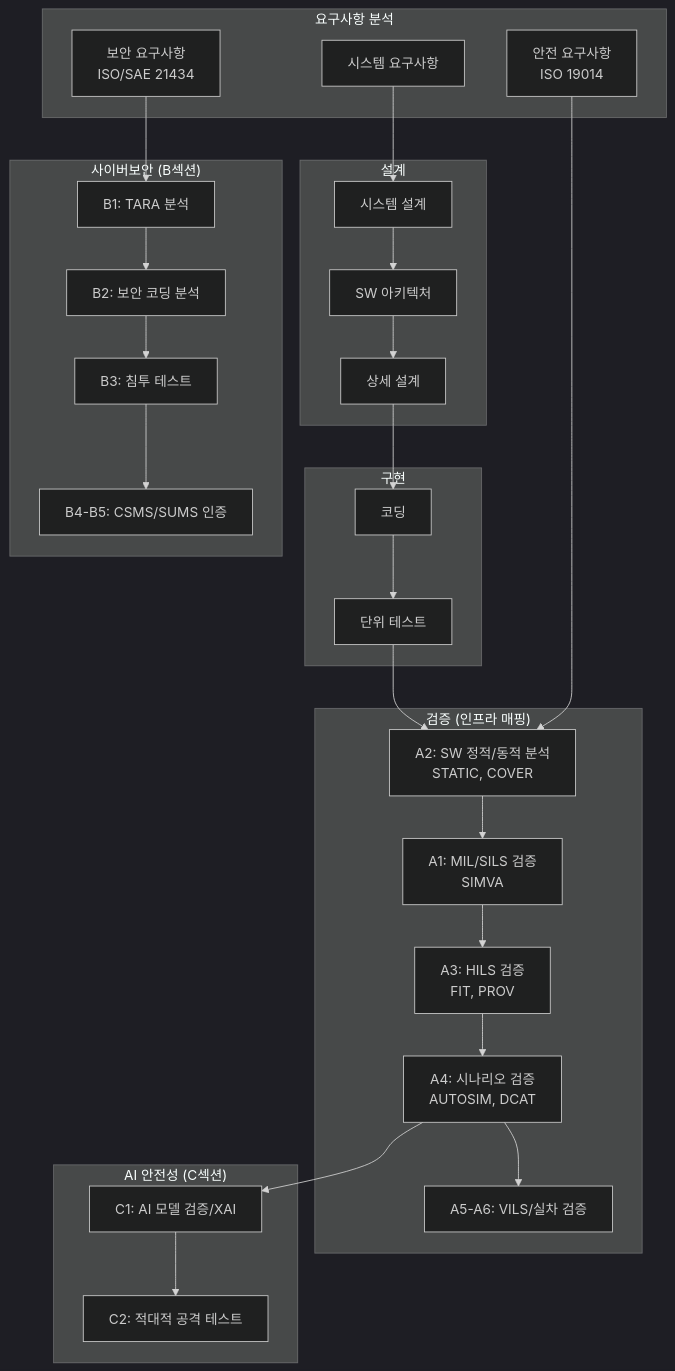
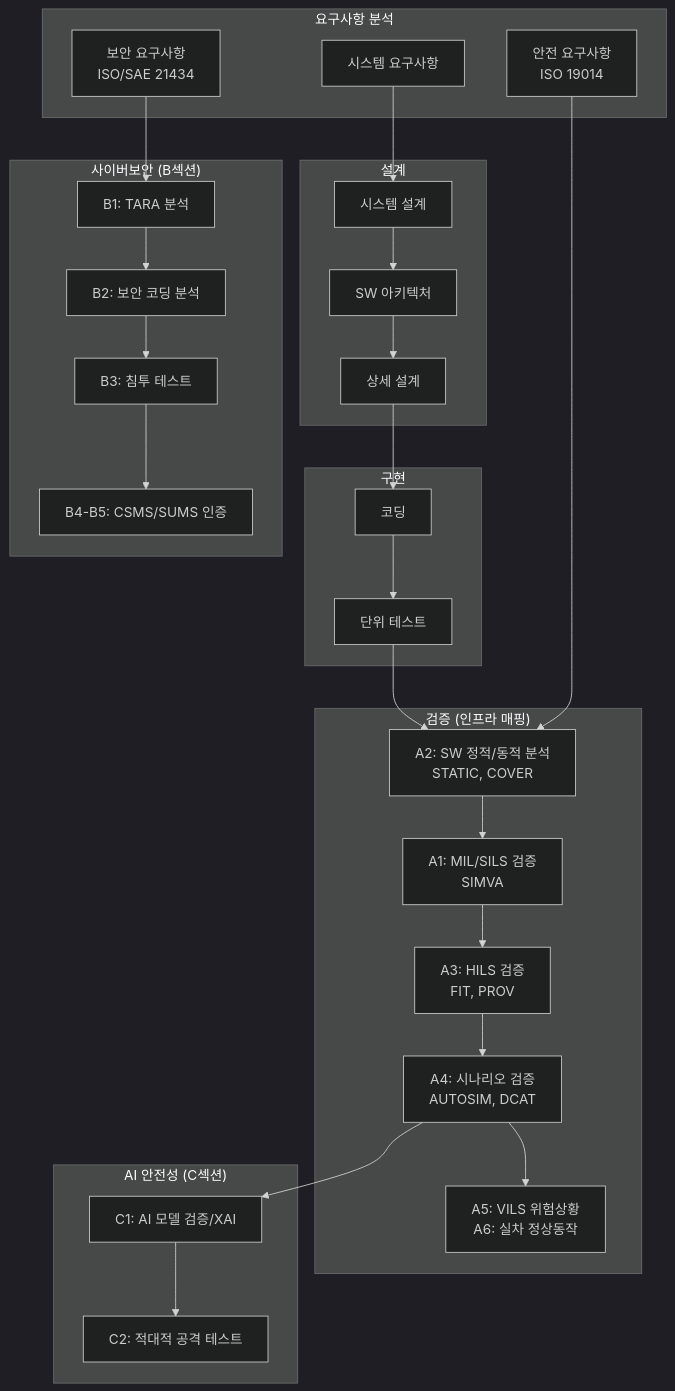
Before and after one commit to rebirther00/report: the diagram in 6. infra_safety/4_인프라구축계획_개선안.md, drawn with Mermaid (dark theme). The commit also changed other lines of this file and 9 other files, not shown here.

````diff
--- a/6. infra_safety/4_인프라구축계획_개선안.md
+++ b/6. infra_safety/4_인프라구축계획_개선안.md
@@ -169,48 +171,48 @@
 ```mermaid
 flowchart TB
     subgraph Requirements["요구사항 분석"]
         R1[시스템 요구사항]
         R2[안전 요구사항<br>ISO 19014]
         R3[보안 요구사항<br>ISO/SAE 21434]
     end
     
     subgraph Design["설계"]
         D1[시스템 설계]
         D2[SW 아키텍처]
         D3[상세 설계]
     end
     
     subgraph Implementation["구현"]
         I1[코딩]
         I2[단위 테스트]
     end
     
     subgraph Verification["검증 (인프라 매핑)"]
         V1[A2: SW 정적/동적 분석<br>STATIC, COVER]
         V2[A1: MIL/SILS 검증<br>SIMVA]
         V3[A3: HILS 검증<br>FIT, PROV]
         V4[A4: 시나리오 검증<br>AUTOSIM, DCAT]
-        V5[A5-A6: VILS/실차 검증]
+        V5[A5: VILS 위험상황<br>A6: 실차 정상동작]
     end
     
     subgraph Security["사이버보안 (B섹션)"]
         S1[B1: TARA 분석]
         S2[B2: 보안 코딩 분석]
         S3[B3: 침투 테스트]
         S4[B4-B5: CSMS/SUMS 인증]
     end
     
     subgraph AI["AI 안전성 (C섹션)"]
         A1[C1: AI 모델 검증/XAI]
         A2[C2: 적대적 공격 테스트]
     end
     
     R1 --> D1 --> D2 --> D3 --> I1 --> I2
     I2 --> V1 --> V2 --> V3 --> V4 --> V5
     
     R2 --> V1
     R3 --> S1
     S1 --> S2 --> S3 --> S4
     
     V4 --> A1 --> A2
 ```
````
